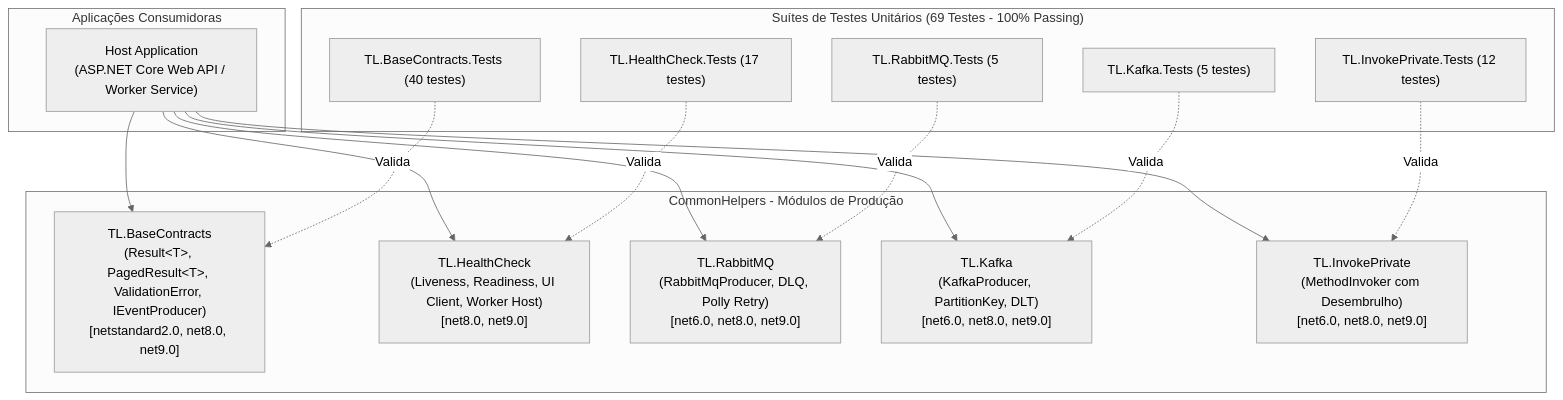
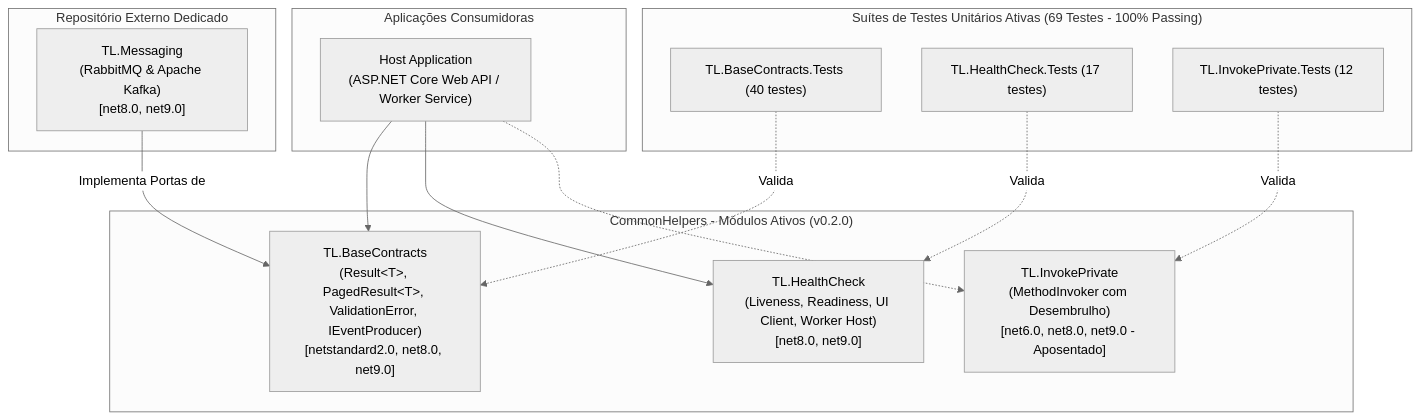
Before and after one commit to thaylonlopes/BuildingBlocks: the second of 2 diagrams in docs/arquitetura/visao-geral.md, drawn with Mermaid (neutral theme). The commit also changed other lines of this file and 19 other files, not shown here.

Commit message:
refactor(messaging): remocao dos modulos rabbitmq e kafka migrados para tl.messaging

````diff
--- a/docs/arquitetura/visao-geral.md
+++ b/docs/arquitetura/visao-geral.md
@@ -37,34 +37,31 @@
 ```mermaid
 graph TD
     subgraph "Aplicações Consumidoras"
         AppHost["Host Application<br/>(ASP.NET Core Web API / Worker Service)"]
     end
 
-    subgraph "CommonHelpers - Módulos de Produção"
+    subgraph "CommonHelpers - Módulos Ativos (v0.2.0)"
         RR["TL.BaseContracts<br/>(Result&lt;T&gt;, PagedResult&lt;T&gt;, ValidationError, IEventProducer)<br/>[netstandard2.0, net8.0, net9.0]"]
         HC["TL.HealthCheck<br/>(Liveness, Readiness, UI Client, Worker Host)<br/>[net8.0, net9.0]"]
-        RMQ["TL.RabbitMQ<br/>(RabbitMqProducer, DLQ, Polly Retry)<br/>[net6.0, net8.0, net9.0]"]
-        KFK["TL.Kafka<br/>(KafkaProducer, PartitionKey, DLT)<br/>[net6.0, net8.0, net9.0]"]
-        IP["TL.InvokePrivate<br/>(MethodInvoker com Desembrulho)<br/>[net6.0, net8.0, net9.0]"]
+        IP["TL.InvokePrivate<br/>(MethodInvoker com Desembrulho)<br/>[net6.0, net8.0, net9.0 - Aposentado]"]
     end
 
-    subgraph "Suítes de Testes Unitários (69 Testes - 100% Passing)"
+    subgraph "Repositório Externo Dedicado"
+        MSG["TL.Messaging<br/>(RabbitMQ &amp; Apache Kafka)<br/>[net8.0, net9.0]"]
+    end
+
+    subgraph "Suítes de Testes Unitários Ativas (69 Testes - 100% Passing)"
         RRTests["TL.BaseContracts.Tests (40 testes)"]
         HCTests["TL.HealthCheck.Tests (17 testes)"]
-        RMQTests["TL.RabbitMQ.Tests (5 testes)"]
-        KFKTests["TL.Kafka.Tests (5 testes)"]
         IPTests["TL.InvokePrivate.Tests (12 testes)"]
     end
 
     AppHost --> RR
     AppHost --> HC
-    AppHost --> RMQ
-    AppHost --> KFK
-    AppHost --> IP
+    AppHost -.-> IP
+    MSG -->|"Implementa Portas de"| RR
 
     RRTests -.->|"Valida"| RR
     HCTests -.->|"Valida"| HC
-    RMQTests -.->|"Valida"| RMQ
-    KFKTests -.->|"Valida"| KFK
     IPTests -.->|"Valida"| IP
 ```
````
